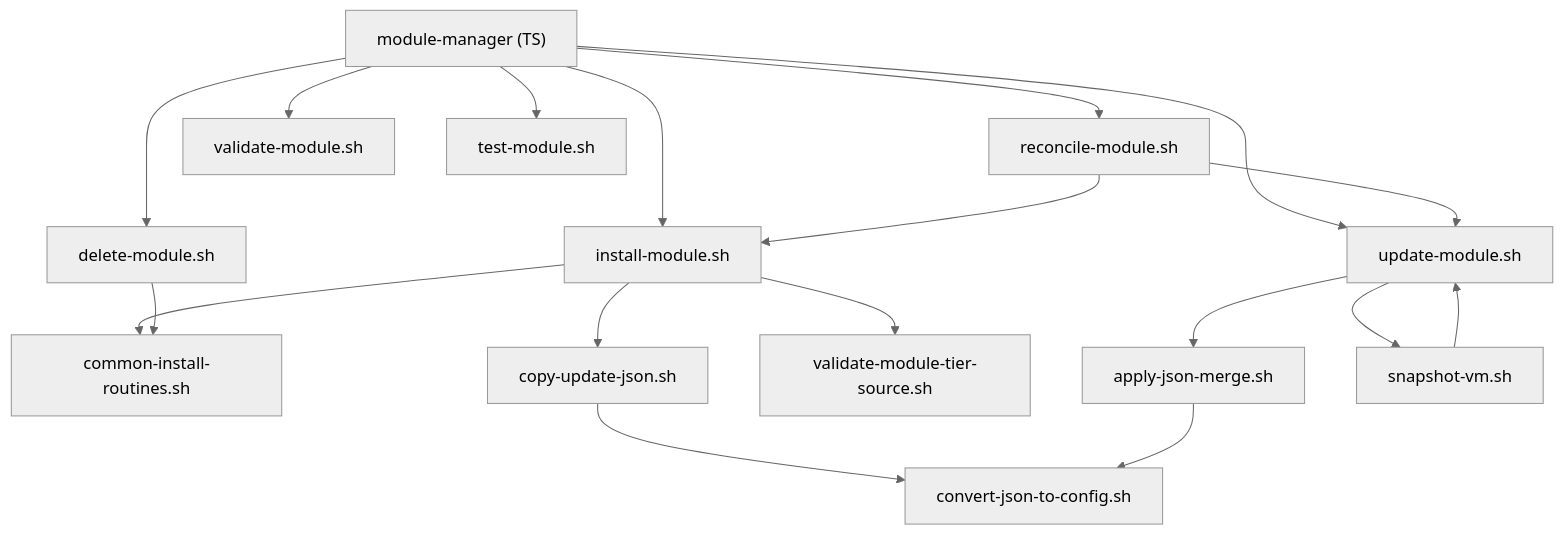
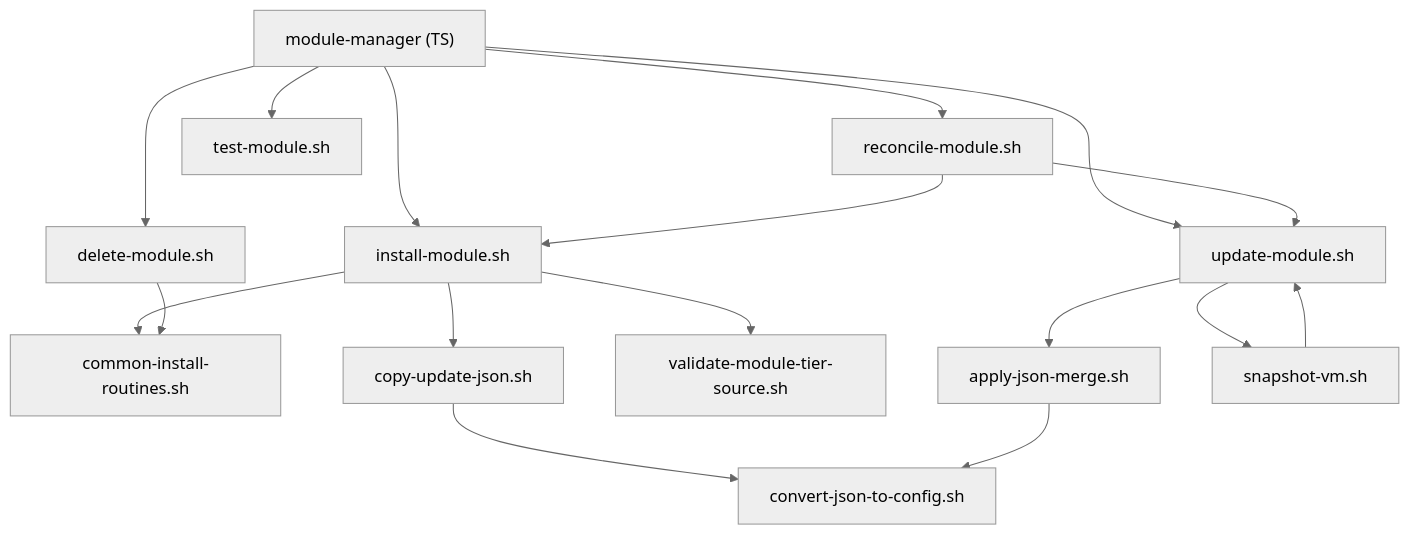
One commit to TAPPaaS/TAPPaaS changed the second of 6 diagrams in src/foundation/DEPENDENCIES.md. Above: the diagram before and after it, drawn with Mermaid (neutral theme). The commit also changed other lines of this file and 70 other files, not shown here.

````diff
--- a/src/foundation/DEPENDENCIES.md
+++ b/src/foundation/DEPENDENCIES.md
@@ -236,20 +234,19 @@
 ```mermaid
 graph TD
     MM["module-manager (TS)"] --> IM["install-module.sh"]
     MM --> UM["update-module.sh"]
     MM --> DM["delete-module.sh"]
     MM --> RM["reconcile-module.sh"]
-    MM --> VM["validate-module.sh"]
     MM --> TM["test-module.sh"]
     IM --> CIR["common-install-routines.sh"]
     IM --> CUJ["copy-update-json.sh"]
     IM --> VMT["validate-module-tier-source.sh"]
     CUJ --> CJC["convert-json-to-config.sh"]
     UM --> AJM["apply-json-merge.sh"]
     UM --> SV["snapshot-vm.sh"]
     AJM --> CJC
     SV --> UM
     RM --> IM
     RM --> UM
     DM --> CIR
 ```
````
